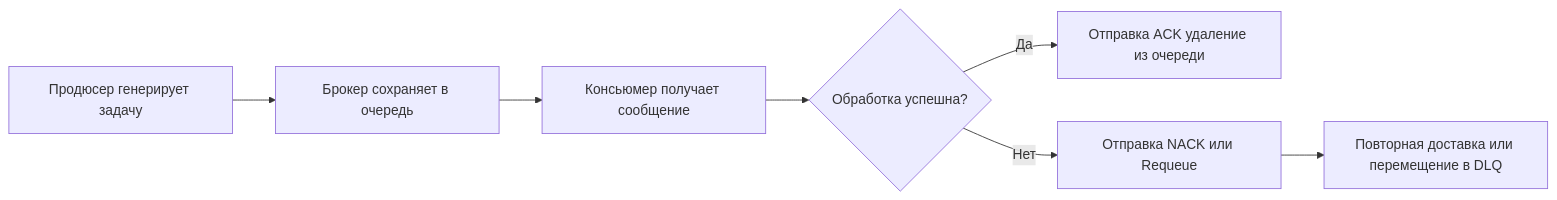
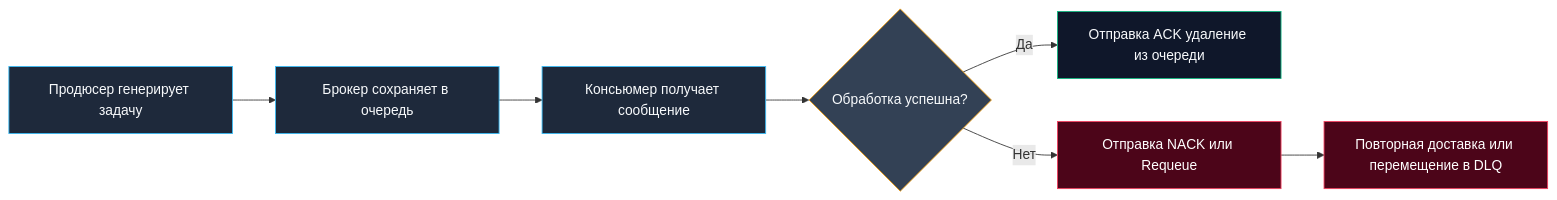
One commit to UnrealTemplier/go-textbook changed the first of 2 diagrams in sources/9. Бэкенд на Go (Практика разработки)/27. Очереди задач.md. Above: the diagram before and after it, drawn with Mermaid. The commit also changed other lines of this file, not shown here.

````diff
--- a/sources/9. Бэкенд на Go (Практика разработки)/27. Очереди задач.md
+++ b/sources/9. Бэкенд на Go (Практика разработки)/27. Очереди задач.md
@@ -12,9 +17,18 @@
 ```mermaid
 flowchart LR
     A["Продюсер генерирует задачу"] --> B["Брокер сохраняет в очередь"]
     B --> C["Консьюмер получает сообщение"]
     C --> D{"Обработка успешна?"}
     D -->|"Да"| E["Отправка ACK удаление из очереди"]
     D -->|"Нет"| F["Отправка NACK или Requeue"]
     F --> G["Повторная доставка или перемещение в DLQ"]
+
+    classDef normal fill:#1e293b,stroke:#38bdf8,color:#f8fafc;
+    classDef decision fill:#334155,stroke:#f59e0b,color:#f8fafc;
+    classDef ack fill:#0f172a,stroke:#10b981,color:#f8fafc;
+    classDef nack fill:#4c0519,stroke:#f43f5e,color:#ffffff;
+    class A,B,C normal;
+    class D decision;
+    class E ack;
+    class F,G nack;
 ```
````
